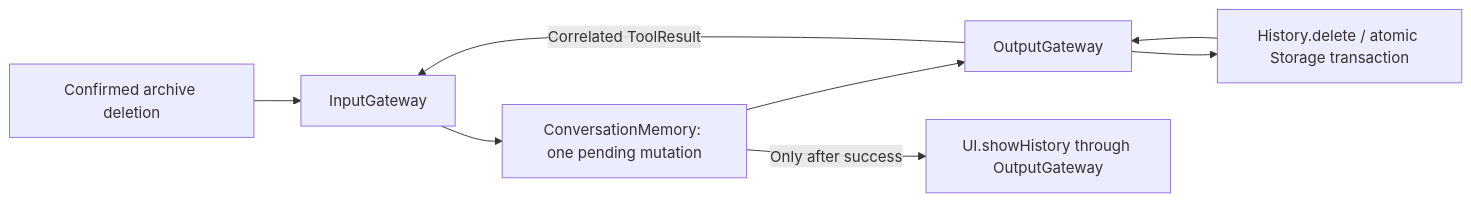
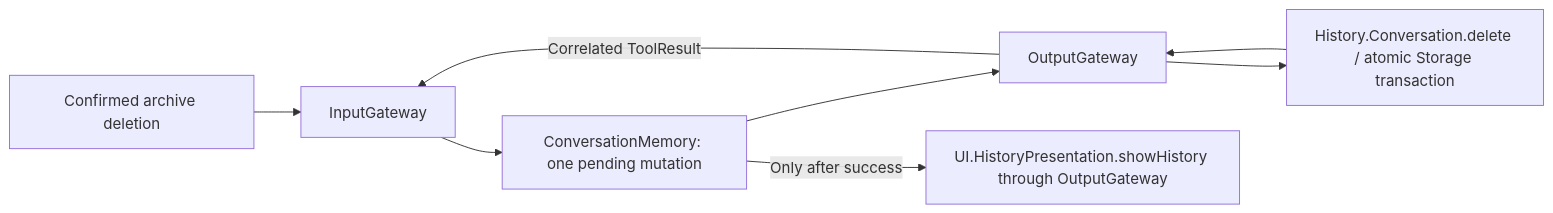
The diagram in MobileHarness/Agents/ConversationMemory/README.md (devilyouwei/MobileHarness), drawn with Mermaid before and after one commit. The commit also changed other lines of this file and 238 other files, not shown here.

````diff
--- a/MobileHarness/Agents/ConversationMemory/README.md
+++ b/MobileHarness/Agents/ConversationMemory/README.md
@@ -12,10 +12,10 @@
 ```mermaid
 flowchart LR
     User[Confirmed archive deletion] --> Input[InputGateway]
     Input --> Agent[ConversationMemory: one pending mutation]
     Agent --> Output[OutputGateway]
-    Output --> Delete[History.delete / atomic Storage transaction]
+    Output --> Delete[History.Conversation.delete / atomic Storage transaction]
     Delete --> Output
     Output -->|Correlated ToolResult| Input
-    Agent -->|Only after success| Present[UI.showHistory through OutputGateway]
+    Agent -->|Only after success| Present[UI.HistoryPresentation.showHistory through OutputGateway]
 ```
````
